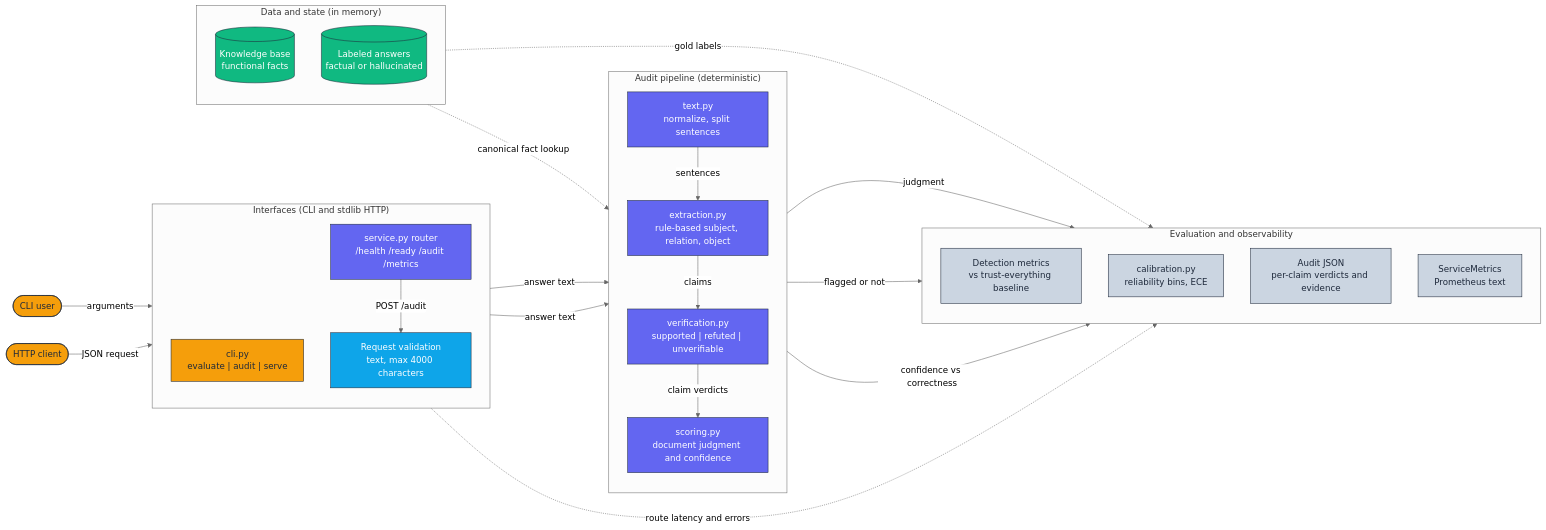
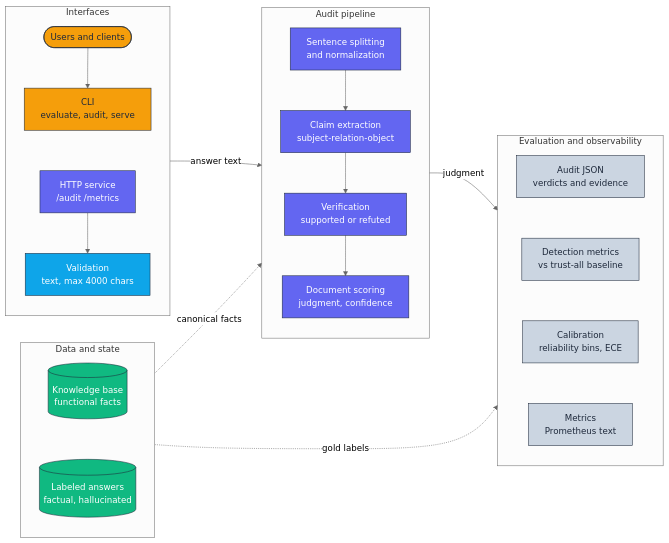
Before and after one commit to adeoluo/factuality-auditor: the diagram in docs/architecture/architecture.mmd, drawn with Mermaid (neutral theme). The commit also changed 1 other file, not shown here.

Commit message:
docs: compact horizontal architecture diagram

```diff
--- a/docs/architecture/architecture.mmd
+++ b/docs/architecture/architecture.mmd
@@ -1,53 +1,45 @@
 flowchart LR
     classDef edge     fill:#F59E0B,stroke:#1E293B,color:#1E293B,stroke-width:1px;
     classDef core     fill:#6366F1,stroke:#1E293B,color:#ffffff,stroke-width:1px;
     classDef data     fill:#10B981,stroke:#1E293B,color:#ffffff,stroke-width:1px;
     classDef control  fill:#0EA5E9,stroke:#1E293B,color:#ffffff,stroke-width:1px;
     classDef obs      fill:#CBD5E1,stroke:#1E293B,color:#1E293B,stroke-width:1px;
 
-    User([CLI user]):::edge
-    Client([HTTP client]):::edge
-
-    subgraph Interfaces["Interfaces (CLI and stdlib HTTP)"]
+    subgraph Interfaces["Interfaces"]
         direction TB
-        CLI["cli.py<br/>evaluate | audit | serve"]:::edge
-        Router["service.py router<br/>/health /ready /audit /metrics"]:::core
-        Validate["Request validation<br/>text, max 4000 characters"]:::control
+        Users([Users and clients]):::edge
+        CLI["CLI<br/>evaluate, audit, serve"]:::edge
+        Router["HTTP service<br/>/audit /metrics"]:::core
+        Validate["Validation<br/>text, max 4000 chars"]:::control
+        Users --> CLI ~~~ Router --> Validate
     end
 
-    subgraph Core["Audit pipeline (deterministic)"]
+    subgraph State["Data and state"]
         direction TB
-        Text["text.py<br/>normalize, split sentences"]:::core
-        Extract["extraction.py<br/>rule-based subject, relation, object"]:::core
-        Verify["verification.py<br/>supported | refuted | unverifiable"]:::core
-        Score["scoring.py<br/>document judgment and confidence"]:::core
+        KB[("Knowledge base<br/>functional facts")]:::data
+        Labeled[("Labeled answers<br/>factual, hallucinated")]:::data
+        KB ~~~ Labeled
     end
 
-    subgraph State["Data and state (in memory)"]
+    subgraph Core["Audit pipeline"]
         direction TB
-        KB[("Knowledge base<br/>functional facts")]:::data
-        Labeled[("Labeled answers<br/>factual or hallucinated")]:::data
+        Text["Sentence splitting<br/>and normalization"]:::core
+        Extract["Claim extraction<br/>subject-relation-object"]:::core
+        Verify["Verification<br/>supported or refuted"]:::core
+        Score["Document scoring<br/>judgment, confidence"]:::core
+        Text --> Extract --> Verify --> Score
     end
 
     subgraph Obs["Evaluation and observability"]
         direction TB
-        Detection["Detection metrics<br/>vs trust-everything baseline"]:::obs
-        Calibration["calibration.py<br/>reliability bins, ECE"]:::obs
-        Response["Audit JSON<br/>per-claim verdicts and evidence"]:::obs
-        Metrics["ServiceMetrics<br/>Prometheus text"]:::obs
+        Response["Audit JSON<br/>verdicts and evidence"]:::obs
+        Detection["Detection metrics<br/>vs trust-all baseline"]:::obs
+        Calibration["Calibration<br/>reliability bins, ECE"]:::obs
+        Metrics["Metrics<br/>Prometheus text"]:::obs
+        Response ~~~ Detection ~~~ Calibration ~~~ Metrics
     end
 
-    User -->|arguments| CLI
-    Client -->|JSON request| Router
-    Router -->|POST /audit| Validate
-    Validate -->|answer text| Text
-    CLI -->|answer text| Text
-    Text -->|sentences| Extract
-    Extract -->|claims| Verify
-    KB -.->|canonical fact lookup| Verify
-    Verify -->|claim verdicts| Score
-    Score -->|judgment| Response
-    Labeled -.->|gold labels| Detection
-    Score -->|flagged or not| Detection
-    Score -->|confidence vs correctness| Calibration
-    Router -.->|route latency and errors| Metrics
+    Interfaces -->|answer text| Core
+    State -.->|canonical facts| Core
+    Core -->|judgment| Obs
+    State -.->|gold labels| Obs
```
